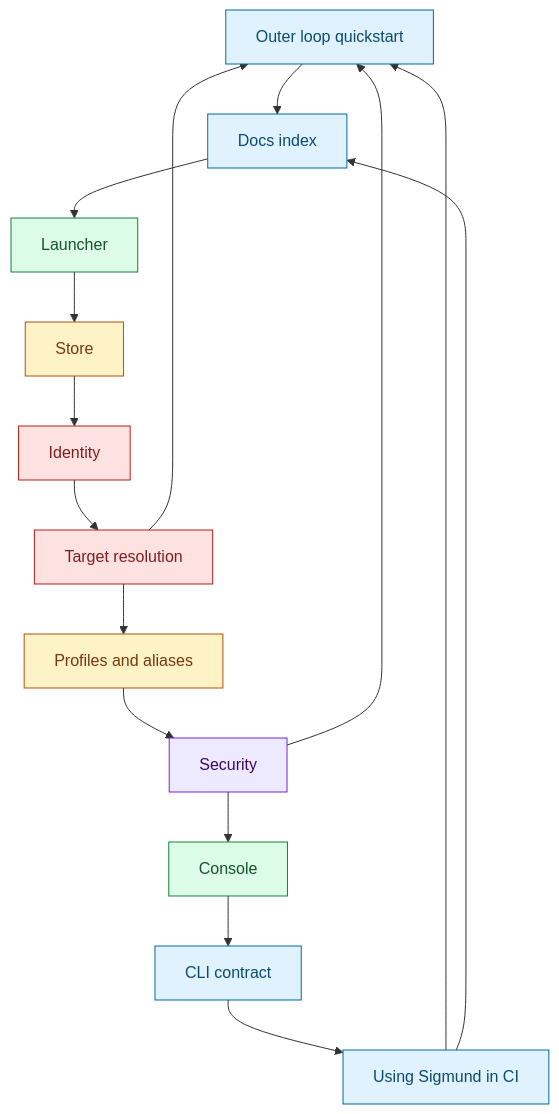
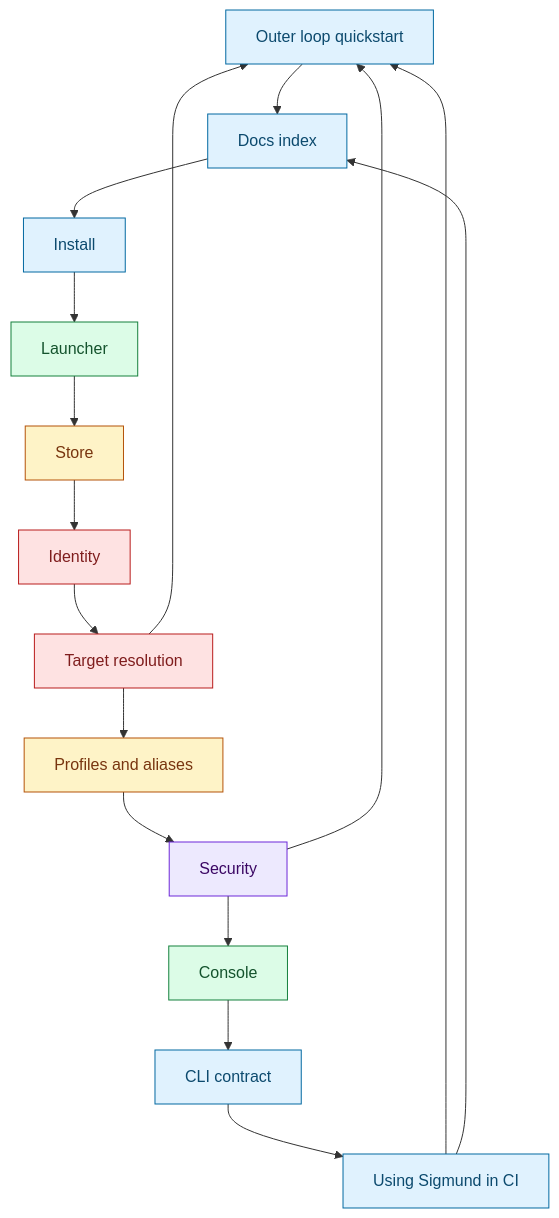
The third of 3 diagrams in docs/index.md (RchGrav/onhold), drawn with Mermaid before and after one commit. The commit also changed other lines of this file and 19 other files, not shown here.

````diff
--- a/docs/index.md
+++ b/docs/index.md
@@ -103,28 +104,29 @@
 ```mermaid
 flowchart TD
     Quick["Outer loop quickstart"] --> Index["Docs index"]
-    Index --> Launcher["Launcher"]
+    Index --> Install["Install"]
+    Install --> Launcher["Launcher"]
     Launcher --> Store["Store"]
     Store --> Identity["Identity"]
     Identity --> Target["Target resolution"]
     Target --> Profiles["Profiles and aliases"]
     Profiles --> Security["Security"]
     Security --> Console["Console"]
     Console --> CLI["CLI contract"]
     CLI --> CI["Using Sigmund in CI"]
     CI --> Quick
     CI --> Index
     Target --> Quick
     Security --> Quick
 
     classDef user fill:#e0f2fe,stroke:#0369a1,color:#0c4a6e
     classDef launch fill:#dcfce7,stroke:#15803d,color:#14532d
     classDef state fill:#fef3c7,stroke:#b45309,color:#78350f
     classDef safety fill:#fee2e2,stroke:#b91c1c,color:#7f1d1d
     classDef privilege fill:#ede9fe,stroke:#6d28d9,color:#3b0764
-    class Quick,Index,CLI,CI user
+    class Quick,Index,Install,CLI,CI user
     class Launcher,Console launch
     class Store,Profiles state
     class Identity,Target safety
     class Security privilege
 ```
````
